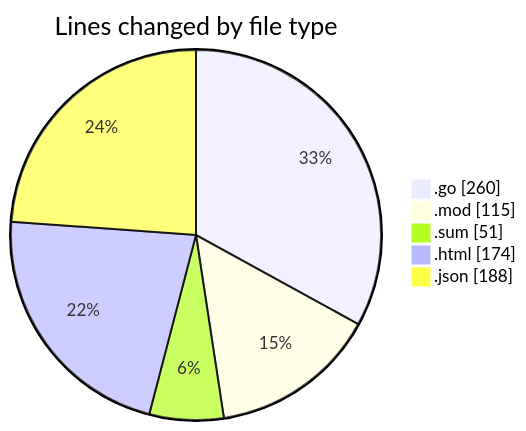
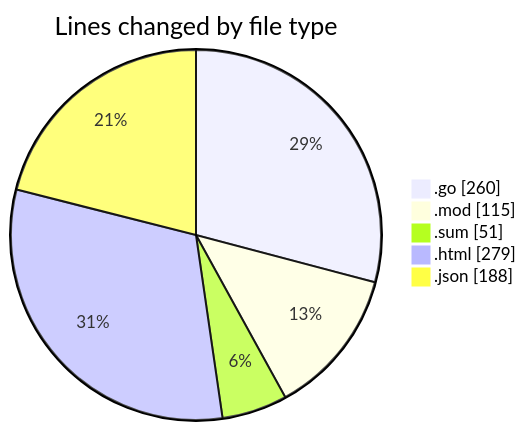
Before and after one commit to Ritupan-Deka/code-tracking: the first of 2 diagrams in 2025-11-01/backend/README.md, drawn with Mermaid. The commit also changed other lines of this file and 1 other file, not shown here.

````diff
--- a/2025-11-01/backend/README.md
+++ b/2025-11-01/backend/README.md
@@ -29,9 +30,9 @@
 ```mermaid
 pie showData
 title Lines changed by file type
 ".go" : 260
 ".mod" : 115
 ".sum" : 51
-".html" : 174
+".html" : 279
 ".json" : 188
 ```
````
